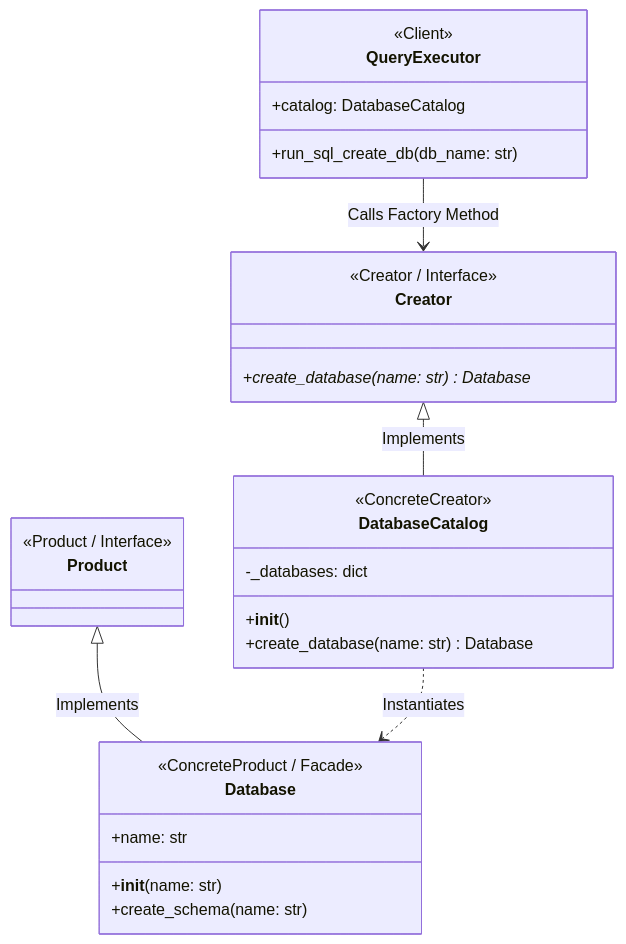
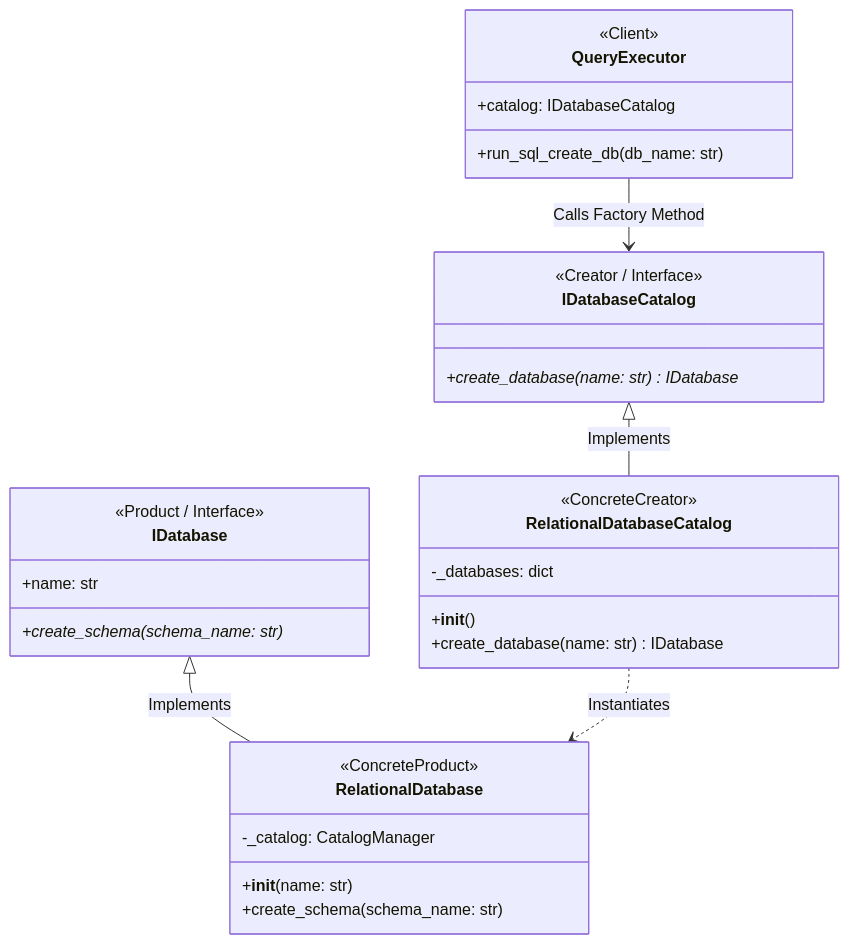
One commit to Ricky13170/bbv_DBMS changed the third of 24 diagrams in docs/readme.md. Above: the diagram before and after it, drawn with Mermaid. The commit also changed other lines of this file and 6 other files, not shown here.

Commit message:
fix factory method

````diff
--- a/docs/readme.md
+++ b/docs/readme.md
@@ -88,45 +88,47 @@
 ```mermaid
 classDiagram
     %% ----------------------------------------------------
-    %% FACTORY METHOD PATTERN (Áp dụng cho DatabaseCatalog)
+    %% FACTORY METHOD PATTERN (Strict GoF version)
     %% ----------------------------------------------------
 
     class QueryExecutor {
         <<Client>>
-        +catalog: DatabaseCatalog
+        +catalog: IDatabaseCatalog
         +run_sql_create_db(db_name: str)
     }
 
-    class Creator {
+    class IDatabaseCatalog {
         <<Creator / Interface>>
-        +create_database(name: str)* Database
+        +create_database(name: str)* IDatabase
     }
 
-    class DatabaseCatalog {
+    class RelationalDatabaseCatalog {
         <<ConcreteCreator>>
         -_databases: dict
         +__init__()
-        +create_database(name: str) Database
+        +create_database(name: str) IDatabase
     }
 
-    class Product {
+    class IDatabase {
         <<Product / Interface>>
+        +name: str
+        +create_schema(schema_name: str)*
     }
 
-    class Database {
-        <<ConcreteProduct / Facade>>
-        +name: str
+    class RelationalDatabase {
+        <<ConcreteProduct>>
+        -_catalog: CatalogManager
         +__init__(name: str)
-        +create_schema(name: str)
+        +create_schema(schema_name: str)
     }
 
-    %% Quan hệ Kế thừa (Realization)
-    Creator <|-- DatabaseCatalog : Implements
-    Product <|-- Database : Implements
+    %% Kế thừa (Realization)
+    IDatabaseCatalog <|-- RelationalDatabaseCatalog : Implements
+    IDatabase <|-- RelationalDatabase : Implements
 
     %% Quan hệ Sinh ra (Dependency)
-    DatabaseCatalog ..> Database : Instantiates 
+    RelationalDatabaseCatalog ..> RelationalDatabase : Instantiates 
     
     %% Quan hệ Sử dụng (Association)
-    QueryExecutor --> Creator : Calls Factory Method
+    QueryExecutor --> IDatabaseCatalog : Calls Factory Method
 ```
````
